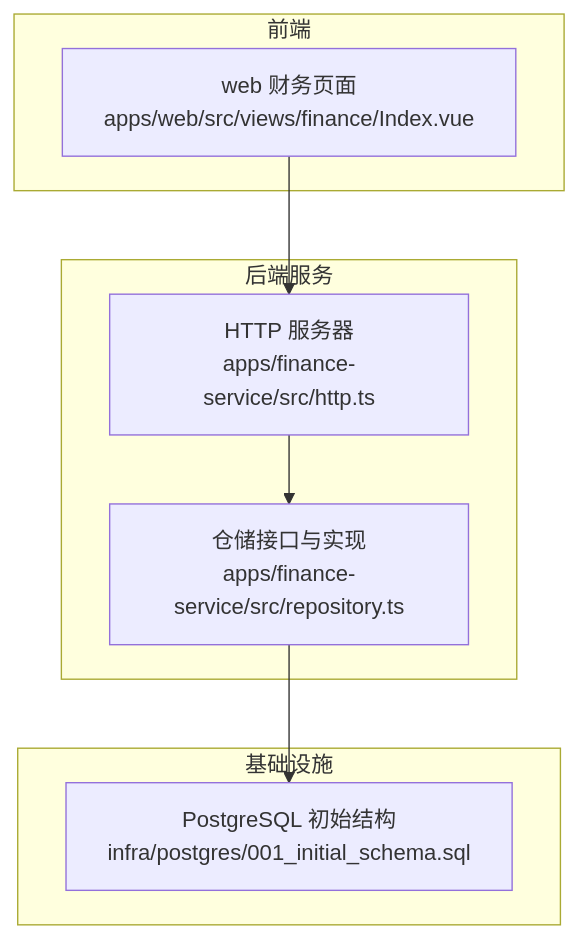
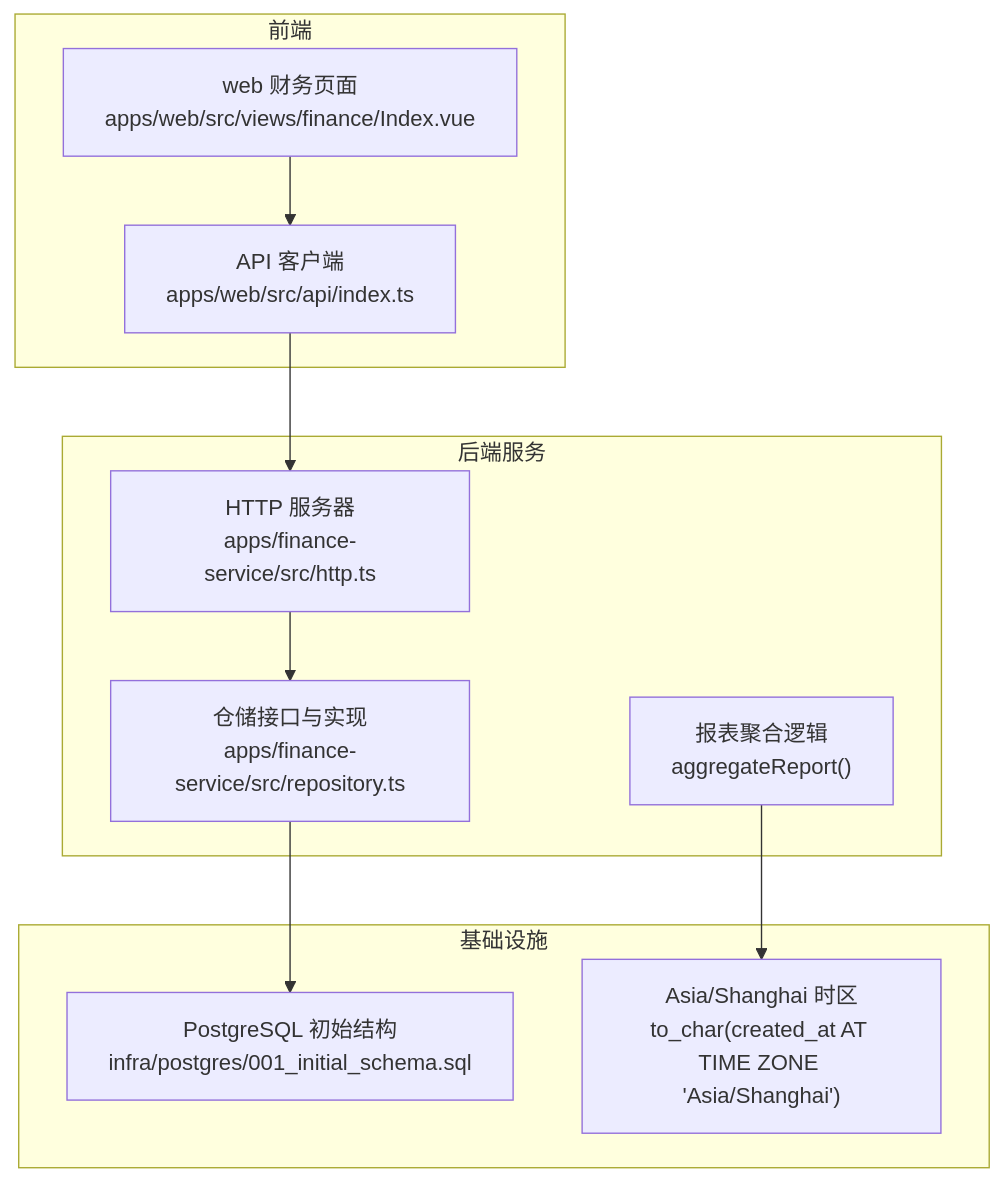
Before and after one commit to q446328246/agri-platform: the first of 11 diagrams in .qoder/repowiki/zh/content/核心服务文档/财务管理服务.md, drawn with Mermaid. The commit also changed other lines of this file and 52 other files, not shown here.

````diff
--- a/.qoder/repowiki/zh/content/核心服务文档/财务管理服务.md
+++ b/.qoder/repowiki/zh/content/核心服务文档/财务管理服务.md
@@ -38,16 +48,20 @@
 ```mermaid
 graph TB
 subgraph "前端"
 WEB["web 财务页面<br/>apps/web/src/views/finance/Index.vue"]
+API["API 客户端<br/>apps/web/src/api/index.ts"]
 end
 subgraph "后端服务"
 HTTP["HTTP 服务器<br/>apps/finance-service/src/http.ts"]
 REPO["仓储接口与实现<br/>apps/finance-service/src/repository.ts"]
+REPORT["报表聚合逻辑<br/>aggregateReport()"]
 end
 subgraph "基础设施"
 DB["PostgreSQL 初始结构<br/>infra/postgres/001_initial_schema.sql"]
+TZ["Asia/Shanghai 时区<br/>to_char(created_at AT TIME ZONE 'Asia/Shanghai')"]
 end
-WEB --> HTTP
+WEB --> API --> HTTP
 HTTP --> REPO
 REPO --> DB
+REPORT --> TZ
 ```
````
